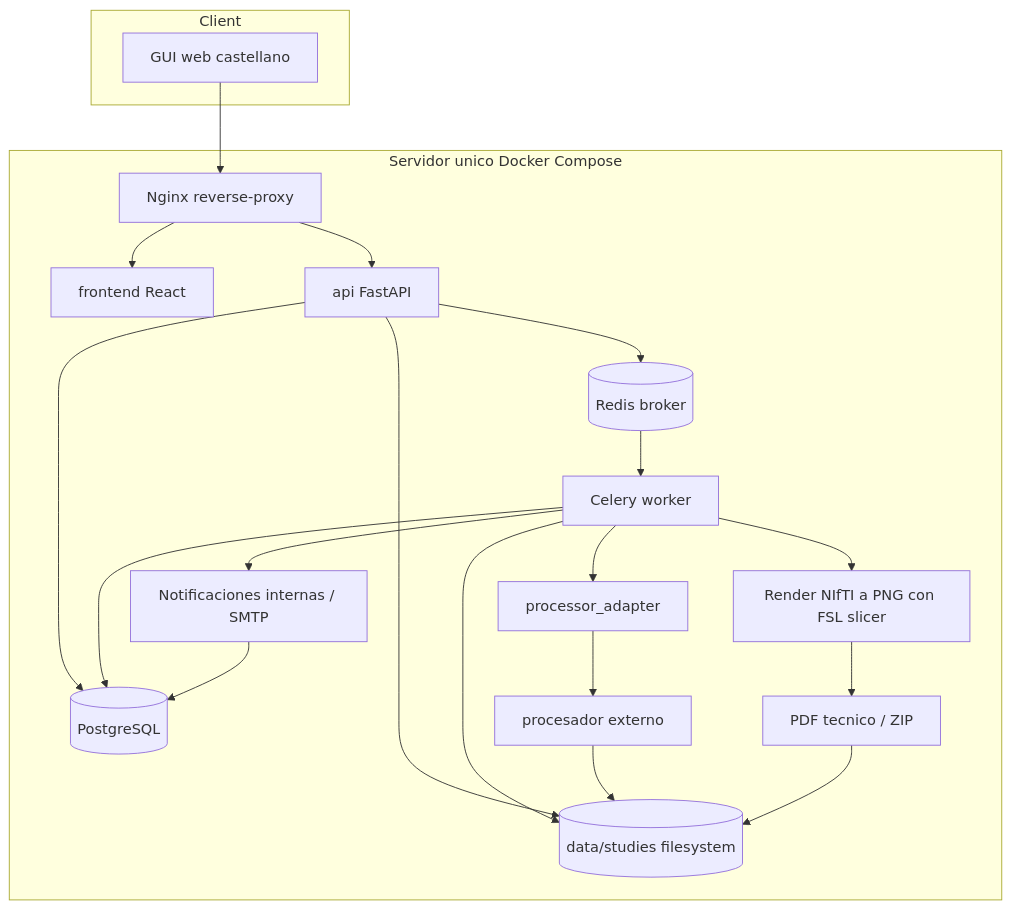
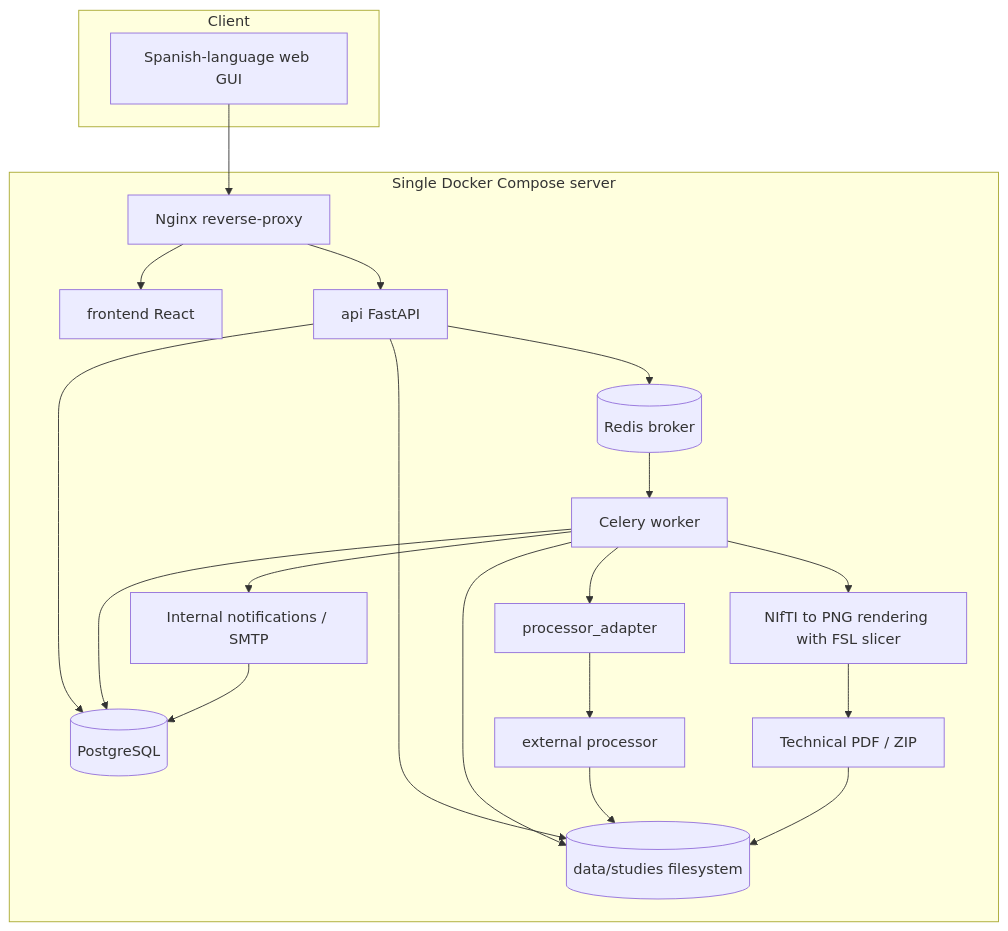
One commit to compneurobilbao/stroke-server-biobizkaia changed the first of 4 diagrams in docs/architecture.md. Above: the diagram before and after it, drawn with Mermaid. The commit also changed other lines of this file and 24 other files, not shown here.

````diff
--- a/docs/architecture.md
+++ b/docs/architecture.md
@@ -5,37 +5,37 @@
 ```mermaid
 flowchart TB
   subgraph Client
-    Browser[GUI web castellano]
+    Browser[Spanish-language web GUI]
   end
-  subgraph DockerHost[Servidor unico Docker Compose]
+  subgraph DockerHost[Single Docker Compose server]
     Proxy[Nginx reverse-proxy]
     Frontend[frontend React]
     API[api FastAPI]
     DB[(PostgreSQL)]
     Redis[(Redis broker)]
     Worker[Celery worker]
     Adapter[processor_adapter]
-    Script[procesador externo]
-    Render[Render NIfTI a PNG con FSL slicer]
-    Artifacts[PDF tecnico / ZIP]
-    Notify[Notificaciones internas / SMTP]
+    Script[external processor]
+    Render[NIfTI to PNG rendering with FSL slicer]
+    Artifacts[Technical PDF / ZIP]
+    Notify[Internal notifications / SMTP]
     Storage[(data/studies filesystem)]
   end
   Browser --> Proxy
   Proxy --> Frontend
   Proxy --> API
   API --> DB
   API --> Storage
   API --> Redis
   Redis --> Worker
   Worker --> DB
   Worker --> Storage
   Worker --> Adapter
   Adapter --> Script
   Script --> Storage
   Worker --> Render
   Render --> Artifacts
   Artifacts --> Storage
   Worker --> Notify
   Notify --> DB
 ```
````
